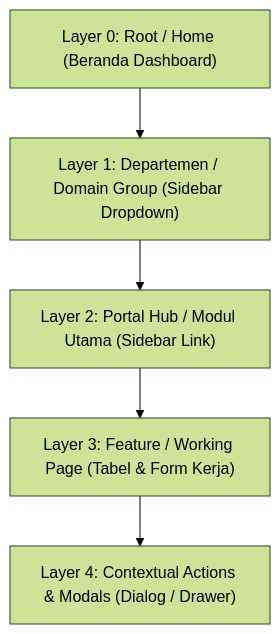
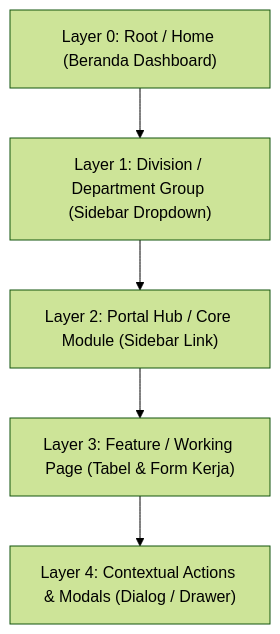
Before and after one commit to siswo1406/mis-porto: the diagram in ARCHITECTURE_NAVIGATION.md, drawn with Mermaid (forest theme). The commit also changed other lines of this file and 1 other file, not shown here.

Commit message:
feat(sidebar) - standardize layer 1 division names to english & rphu

````diff
--- a/ARCHITECTURE_NAVIGATION.md
+++ b/ARCHITECTURE_NAVIGATION.md
@@ -11,7 +11,7 @@
 ```mermaid
 flowchart TD
-    L0["Layer 0: Root / Home (Beranda Dashboard)"] --> L1["Layer 1: Departemen / Domain Group (Sidebar Dropdown)"]
-    L1 --> L2["Layer 2: Portal Hub / Modul Utama (Sidebar Link)"]
+    L0["Layer 0: Root / Home (Beranda Dashboard)"] --> L1["Layer 1: Division / Department Group (Sidebar Dropdown)"]
+    L1 --> L2["Layer 2: Portal Hub / Core Module (Sidebar Link)"]
     L2 --> L3["Layer 3: Feature / Working Page (Tabel & Form Kerja)"]
     L3 --> L4["Layer 4: Contextual Actions & Modals (Dialog / Drawer)"]
 ```
````
